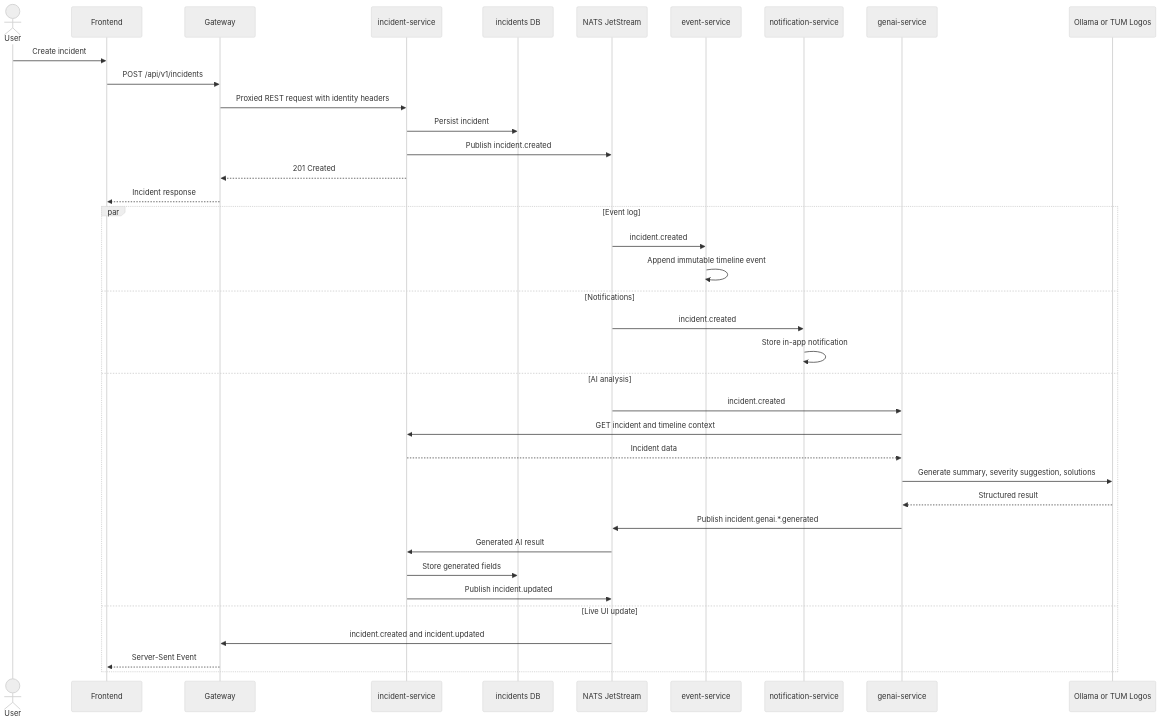
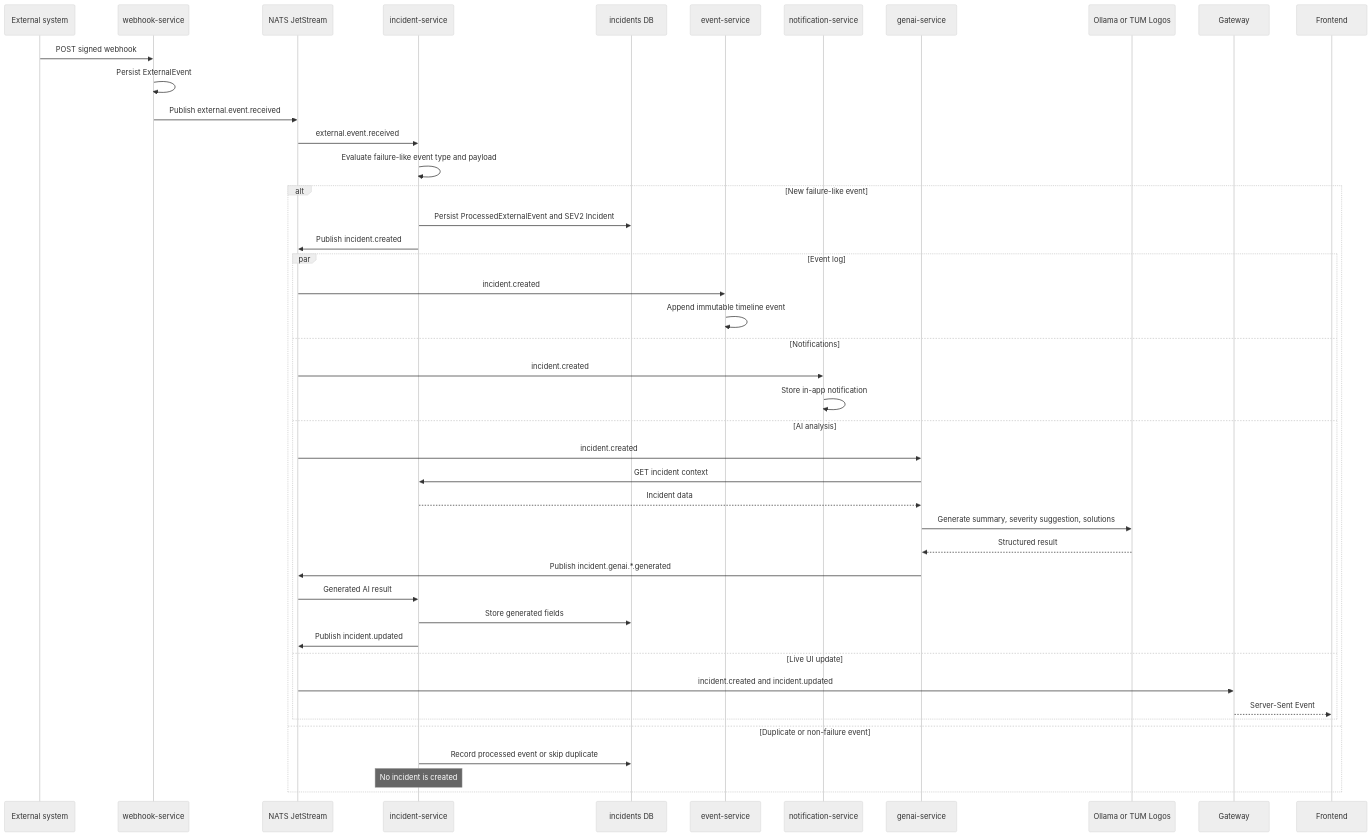
The diagram in docs/deliverables/2026-05-08-uml-diagrams/sequence_diagram.md (AET-DevOps26/team-panic-at-the-console), drawn with Mermaid (neutral theme) before and after one commit. The commit also changed other lines of this file and 12 other files, not shown here.

````diff
--- a/docs/deliverables/2026-05-08-uml-diagrams/sequence_diagram.md
+++ b/docs/deliverables/2026-05-08-uml-diagrams/sequence_diagram.md
@@ -3,42 +3,48 @@
 ```mermaid
 sequenceDiagram
-    actor User
-    participant FE as Frontend
-    participant GW as Gateway
+    participant EXT as External system
+    participant WH as webhook-service
+    participant NATS as NATS JetStream
     participant IS as incident-service
     participant DB as incidents DB
-    participant NATS as NATS JetStream
     participant ES as event-service
     participant NS as notification-service
     participant GS as genai-service
     participant LLM as Ollama or TUM Logos
+    participant GW as Gateway
+    participant FE as Frontend
 
-    User->>FE: Create incident
-    FE->>GW: POST /api/v1/incidents
-    GW->>IS: Proxied REST request with identity headers
-    IS->>DB: Persist incident
-    IS->>NATS: Publish incident.created
-    IS-->>GW: 201 Created
-    GW-->>FE: Incident response
+    EXT->>WH: POST signed webhook
+    WH->>WH: Persist ExternalEvent
+    WH->>NATS: Publish external.event.received
+    NATS->>IS: external.event.received
+    IS->>IS: Evaluate failure-like event type and payload
 
-    par Event log
-        NATS->>ES: incident.created
-        ES->>ES: Append immutable timeline event
-    and Notifications
-        NATS->>NS: incident.created
-        NS->>NS: Store in-app notification
-    and AI analysis
-        NATS->>GS: incident.created
-        GS->>IS: GET incident and timeline context
-        IS-->>GS: Incident data
-        GS->>LLM: Generate summary, severity suggestion, solutions
-        LLM-->>GS: Structured result
-        GS->>NATS: Publish incident.genai.*.generated
-        NATS->>IS: Generated AI result
-        IS->>DB: Store generated fields
-        IS->>NATS: Publish incident.updated
-    and Live UI update
-        NATS->>GW: incident.created and incident.updated
-        GW-->>FE: Server-Sent Event
+    alt New failure-like event
+        IS->>DB: Persist ProcessedExternalEvent and SEV2 Incident
+        IS->>NATS: Publish incident.created
+        par Event log
+            NATS->>ES: incident.created
+            ES->>ES: Append immutable timeline event
+        and Notifications
+            NATS->>NS: incident.created
+            NS->>NS: Store in-app notification
+        and AI analysis
+            NATS->>GS: incident.created
+            GS->>IS: GET incident context
+            IS-->>GS: Incident data
+            GS->>LLM: Generate summary, severity suggestion, solutions
+            LLM-->>GS: Structured result
+            GS->>NATS: Publish incident.genai.*.generated
+            NATS->>IS: Generated AI result
+            IS->>DB: Store generated fields
+            IS->>NATS: Publish incident.updated
+        and Live UI update
+            NATS->>GW: incident.created and incident.updated
+            GW-->>FE: Server-Sent Event
+        end
+    else Duplicate or non-failure event
+        IS->>DB: Record processed event or skip duplicate
+        Note over IS: No incident is created
     end
 ```
````
